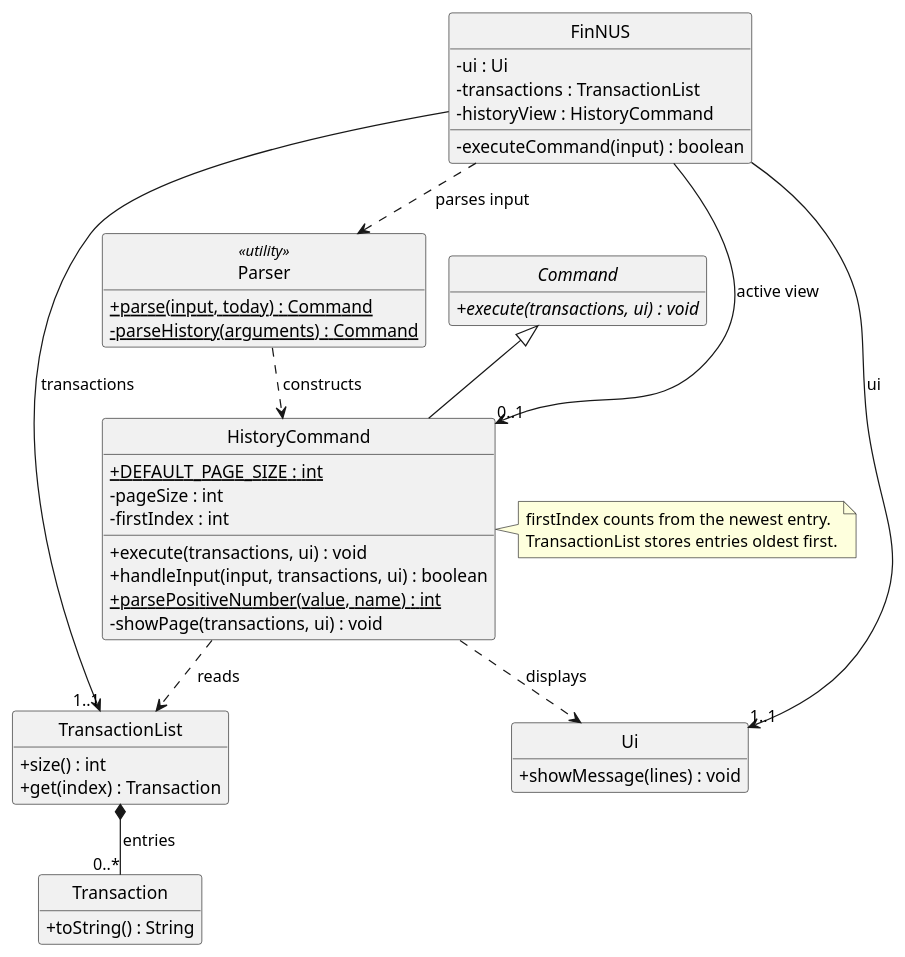
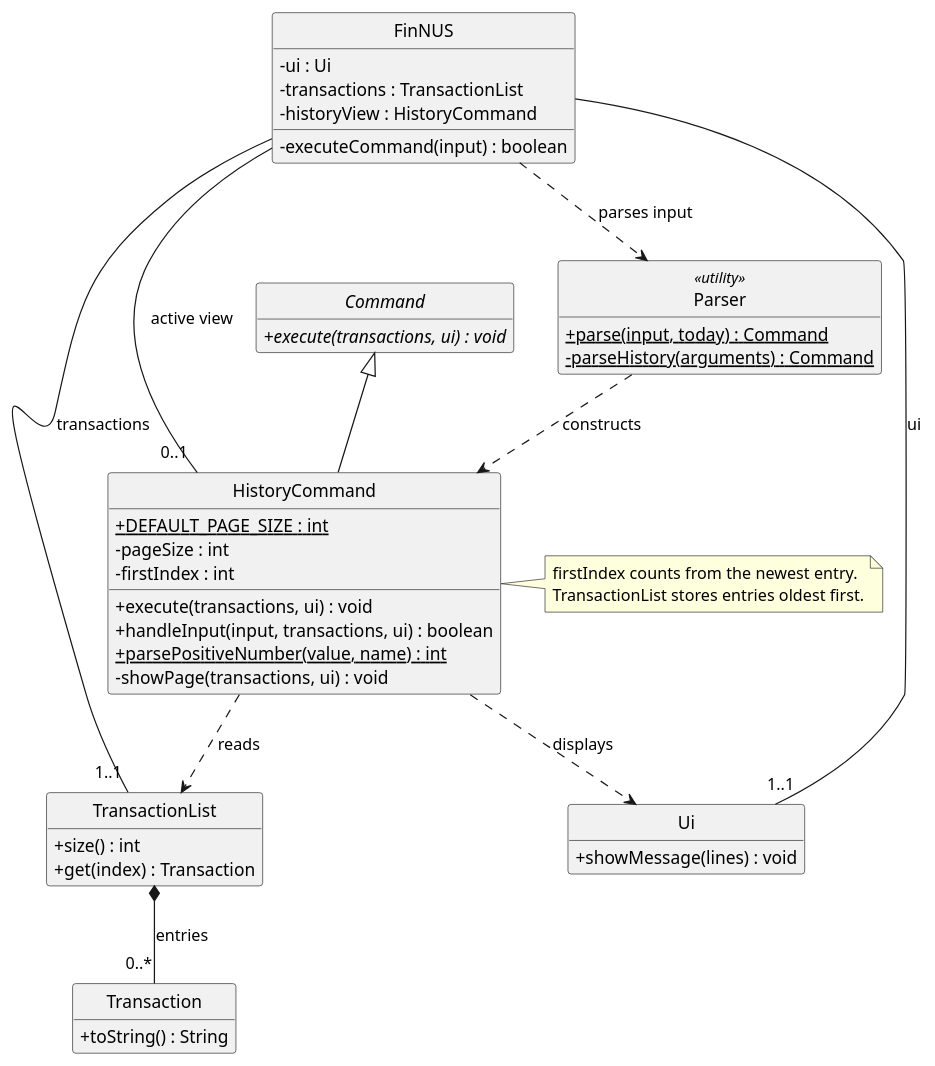
The diagram in docs/diagrams/HistoryClassDiagram.puml (AY2627S1-CS2113-W13-2/tp), drawn with PlantUML before and after one commit. The commit also changed 1 other file, not shown here.

Commit message:
Improve history class diagram multiplicity readability
Use plain associations for FinNUS references and let the standard PlantUML layout position their cardinalities away from arrowheads. Regenerate the image so the developer guide shows legible multiplicities.

```diff
--- a/docs/diagrams/HistoryClassDiagram.puml
+++ b/docs/diagrams/HistoryClassDiagram.puml
@@ -1,64 +1,63 @@
 @startuml HistoryClassDiagram
 ' @@author nkyjStar
 ' Only members relevant to paginated history are shown.
 ' Multiplicities describe an active session after the transaction list has loaded.
-!pragma layout smetana
 hide circle
 hide empty members
 skinparam shadowing false
 skinparam classAttributeIconSize 0
 
 class FinNUS {
     - ui : Ui
     - transactions : TransactionList
     - historyView : HistoryCommand
     - executeCommand(input) : boolean
 }
 
 class Parser <<utility>> {
     + {static} parse(input, today) : Command
     - {static} parseHistory(arguments) : Command
 }
 
 abstract class Command {
     + {abstract} execute(transactions, ui) : void
 }
 
 class HistoryCommand {
     + {static} DEFAULT_PAGE_SIZE : int
     - pageSize : int
     - firstIndex : int
     + execute(transactions, ui) : void
     + handleInput(input, transactions, ui) : boolean
     + {static} parsePositiveNumber(value, name) : int
     - showPage(transactions, ui) : void
 }
 
 class TransactionList {
     + size() : int
     + get(index) : Transaction
 }
 
 class Transaction {
     + toString() : String
 }
 
 class Ui {
     + showMessage(lines) : void
 }
 
 Command <|-- HistoryCommand
-FinNUS --> "1..1" Ui : ui
-FinNUS --> "1..1" TransactionList : transactions
-FinNUS --> "0..1" HistoryCommand : active view
+FinNUS -- "1..1" Ui : ui
+FinNUS -- "1..1" TransactionList : transactions
+FinNUS -- "0..1" HistoryCommand : active view
 FinNUS ..> Parser : parses input
 Parser ..> HistoryCommand : constructs
 HistoryCommand ..> TransactionList : reads
 HistoryCommand ..> Ui : displays
 TransactionList *-- "0..*" Transaction : entries
 
 note right of HistoryCommand
   firstIndex counts from the newest entry.
   TransactionList stores entries oldest first.
 end note
 @enduml
```
